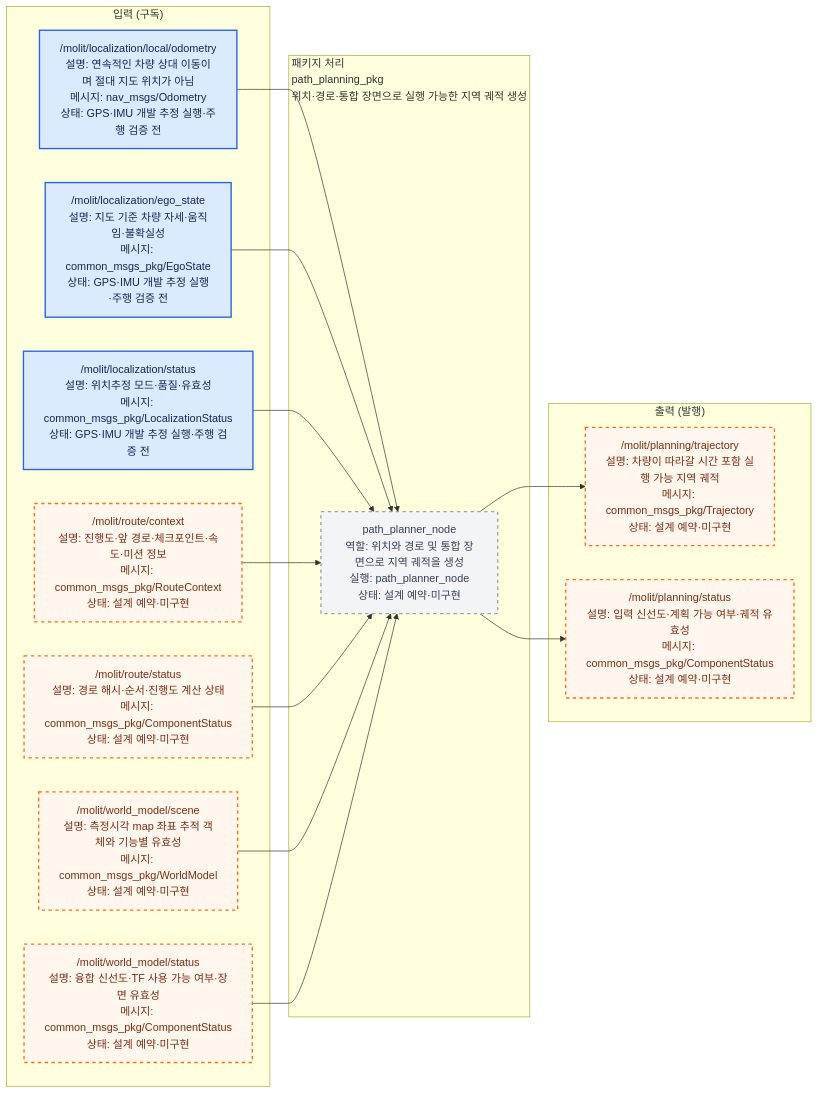
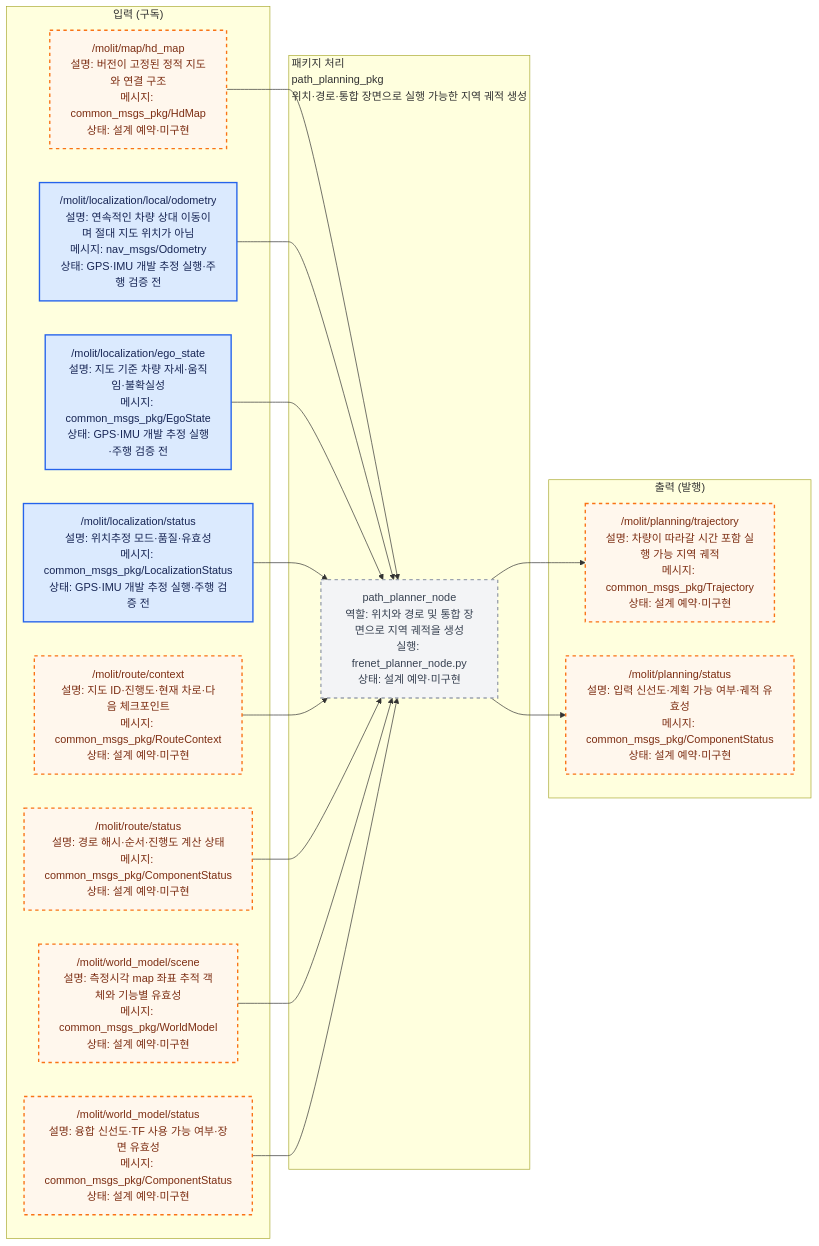
One commit to Team-Stier/Morai_Sim_team2 changed the diagram in src/path_planning_pkg/docs/interface_io.mmd. Above: the diagram before and after it, drawn with Mermaid. The commit also changed 228 other files, not shown here.

```diff
--- a/src/path_planning_pkg/docs/interface_io.mmd
+++ b/src/path_planning_pkg/docs/interface_io.mmd
@@ -1,47 +1,50 @@
 %% AUTO-GENERATED by ros_architecture_pkg/scripts/generate_interface_diagrams.py. DO NOT EDIT.
 %% Source of truth: ros_architecture_pkg/config/interface_contract.yaml
 flowchart LR
     classDef liveNode fill:#dcfce7,color:#14532d,stroke:#16a34a,stroke-width:2px;
     classDef reservedNode fill:#f3f4f6,color:#374151,stroke:#9ca3af,stroke-width:2px,stroke-dasharray: 5 5;
     classDef liveTopic fill:#dbeafe,color:#172554,stroke:#2563eb,stroke-width:2px;
     classDef reservedTopic fill:#fff7ed,color:#7c2d12,stroke:#f97316,stroke-width:2px,stroke-dasharray: 5 5;
     classDef emptyPort fill:#ffffff,color:#6b7280,stroke:#d1d5db,stroke-dasharray: 3 3;
     classDef externalEndpoint fill:#f3e8ff,color:#581c87,stroke:#9333ea,stroke-width:3px;
 
     subgraph INPUTS["입력 (구독)"]
-        input_000["/molit/localization/local/odometry<br/>설명: 연속적인 차량 상대 이동이며 절대 지도 위치가 아님<br/>메시지: nav_msgs/Odometry<br/>상태: GPS·IMU 개발 추정 실행·주행 검증 전"]
-        input_001["/molit/localization/ego_state<br/>설명: 지도 기준 차량 자세·움직임·불확실성<br/>메시지: common_msgs_pkg/EgoState<br/>상태: GPS·IMU 개발 추정 실행·주행 검증 전"]
-        input_002["/molit/localization/status<br/>설명: 위치추정 모드·품질·유효성<br/>메시지: common_msgs_pkg/LocalizationStatus<br/>상태: GPS·IMU 개발 추정 실행·주행 검증 전"]
-        input_003["/molit/route/context<br/>설명: 진행도·앞 경로·체크포인트·속도·미션 정보<br/>메시지: common_msgs_pkg/RouteContext<br/>상태: 설계 예약·미구현"]
-        input_004["/molit/route/status<br/>설명: 경로 해시·순서·진행도 계산 상태<br/>메시지: common_msgs_pkg/ComponentStatus<br/>상태: 설계 예약·미구현"]
-        input_005["/molit/world_model/scene<br/>설명: 측정시각 map 좌표 추적 객체와 기능별 유효성<br/>메시지: common_msgs_pkg/WorldModel<br/>상태: 설계 예약·미구현"]
-        input_006["/molit/world_model/status<br/>설명: 융합 신선도·TF 사용 가능 여부·장면 유효성<br/>메시지: common_msgs_pkg/ComponentStatus<br/>상태: 설계 예약·미구현"]
+        input_000["/molit/map/hd_map<br/>설명: 버전이 고정된 정적 지도와 연결 구조<br/>메시지: common_msgs_pkg/HdMap<br/>상태: 설계 예약·미구현"]
+        input_001["/molit/localization/local/odometry<br/>설명: 연속적인 차량 상대 이동이며 절대 지도 위치가 아님<br/>메시지: nav_msgs/Odometry<br/>상태: GPS·IMU 개발 추정 실행·주행 검증 전"]
+        input_002["/molit/localization/ego_state<br/>설명: 지도 기준 차량 자세·움직임·불확실성<br/>메시지: common_msgs_pkg/EgoState<br/>상태: GPS·IMU 개발 추정 실행·주행 검증 전"]
+        input_003["/molit/localization/status<br/>설명: 위치추정 모드·품질·유효성<br/>메시지: common_msgs_pkg/LocalizationStatus<br/>상태: GPS·IMU 개발 추정 실행·주행 검증 전"]
+        input_004["/molit/route/context<br/>설명: 지도 ID·진행도·현재 차로·다음 체크포인트<br/>메시지: common_msgs_pkg/RouteContext<br/>상태: 설계 예약·미구현"]
+        input_005["/molit/route/status<br/>설명: 경로 해시·순서·진행도 계산 상태<br/>메시지: common_msgs_pkg/ComponentStatus<br/>상태: 설계 예약·미구현"]
+        input_006["/molit/world_model/scene<br/>설명: 측정시각 map 좌표 추적 객체와 기능별 유효성<br/>메시지: common_msgs_pkg/WorldModel<br/>상태: 설계 예약·미구현"]
+        input_007["/molit/world_model/status<br/>설명: 융합 신선도·TF 사용 가능 여부·장면 유효성<br/>메시지: common_msgs_pkg/ComponentStatus<br/>상태: 설계 예약·미구현"]
     end
     subgraph PACKAGE["패키지 처리<br/>path_planning_pkg<br/>위치·경로·통합 장면으로 실행 가능한 지역 궤적 생성"]
-        local_node_000["path_planner_node<br/>역할: 위치와 경로 및 통합 장면으로 지역 궤적을 생성<br/>실행: path_planner_node<br/>상태: 설계 예약·미구현"]
+        local_node_000["path_planner_node<br/>역할: 위치와 경로 및 통합 장면으로 지역 궤적을 생성<br/>실행: frenet_planner_node.py<br/>상태: 설계 예약·미구현"]
     end
     subgraph OUTPUTS["출력 (발행)"]
         output_000["/molit/planning/trajectory<br/>설명: 차량이 따라갈 시간 포함 실행 가능 지역 궤적<br/>메시지: common_msgs_pkg/Trajectory<br/>상태: 설계 예약·미구현"]
         output_001["/molit/planning/status<br/>설명: 입력 신선도·계획 가능 여부·궤적 유효성<br/>메시지: common_msgs_pkg/ComponentStatus<br/>상태: 설계 예약·미구현"]
     end
 
     input_000 --> local_node_000
     input_001 --> local_node_000
     input_002 --> local_node_000
     input_003 --> local_node_000
     input_004 --> local_node_000
     input_005 --> local_node_000
     input_006 --> local_node_000
+    input_007 --> local_node_000
     local_node_000 --> output_000
     local_node_000 --> output_001
 
     class local_node_000 reservedNode;
-    class input_000 liveTopic;
+    class input_000 reservedTopic;
     class input_001 liveTopic;
     class input_002 liveTopic;
-    class input_003 reservedTopic;
+    class input_003 liveTopic;
     class input_004 reservedTopic;
     class input_005 reservedTopic;
     class input_006 reservedTopic;
+    class input_007 reservedTopic;
     class output_000 reservedTopic;
     class output_001 reservedTopic;
```
